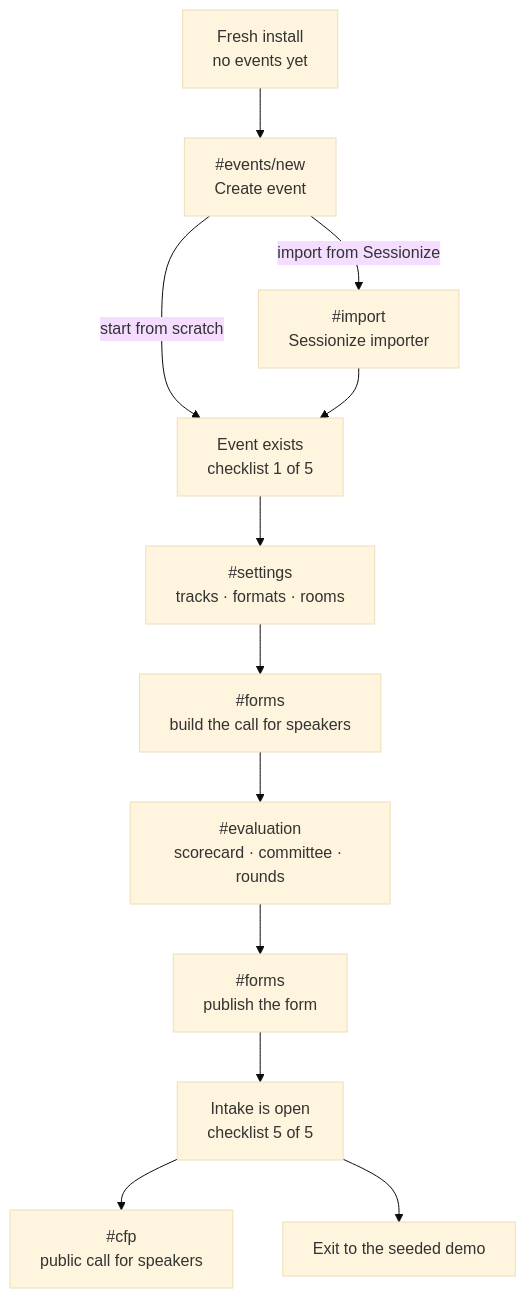
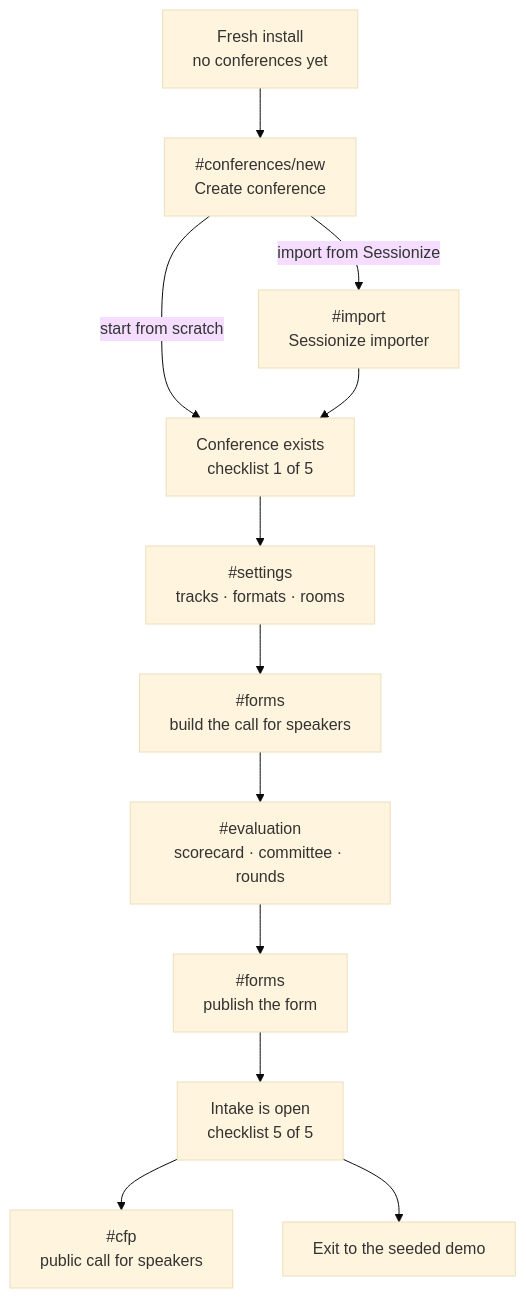
One commit to Stage-11-Agentics/marquee changed the fifth of 6 diagrams in SITEMAP.md. Above: the diagram before and after it, drawn with Mermaid (base theme). The commit also changed other lines of this file and 2 other files, not shown here.

````diff
--- a/SITEMAP.md
+++ b/SITEMAP.md
@@ -176,19 +176,19 @@
 ```mermaid
 flowchart TD
-  Fresh["Fresh install<br/>no events yet"]
-  Fresh --> EventNew["#events/new<br/>Create event"]
+  Fresh["Fresh install<br/>no conferences yet"]
+  Fresh --> EventNew["#conferences/new<br/>Create conference"]
 
   EventNew -->|"start from scratch"| Created
   EventNew -->|"import from Sessionize"| Import["#import<br/>Sessionize importer"]
   Import --> Created
 
-  Created["Event exists<br/>checklist 1 of 5"]
+  Created["Conference exists<br/>checklist 1 of 5"]
   Created --> Tax["#settings<br/>tracks · formats · rooms"]
   Tax --> Form["#forms<br/>build the call for speakers"]
   Form --> Eval["#evaluation<br/>scorecard · committee · rounds"]
   Eval --> Open["#forms<br/>publish the form"]
   Open --> Live["Intake is open<br/>checklist 5 of 5"]
 
   Live --> CFP["#cfp<br/>public call for speakers"]
   Live --> Exit["Exit to the seeded demo"]
 ```
````
